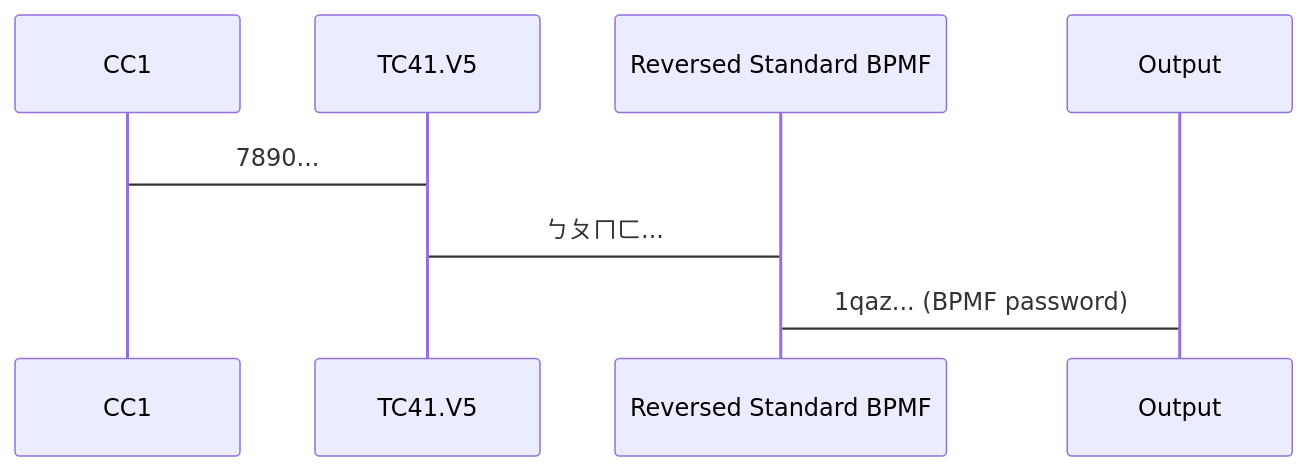
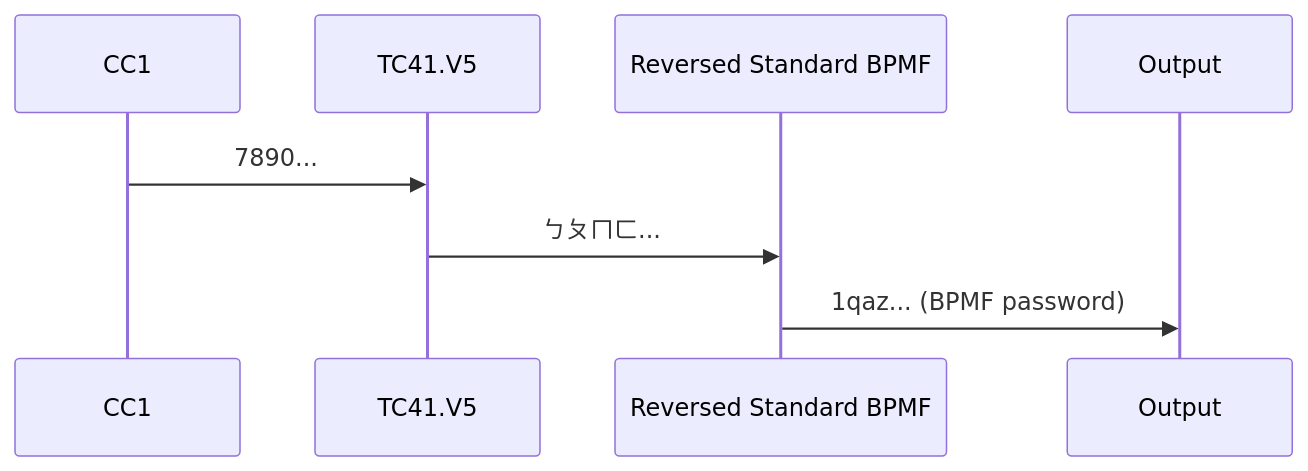
One commit to andy23512/blog changed the third of 3 diagrams in source/_posts/tangent-s-layout-for-using-bopomofo-chinese-input-method-with-charachorder-one.md. Above: the diagram before and after it, drawn with Mermaid. The commit also changed other lines of this file and 1 other file, not shown here.

Commit message:
fix: fix styles of sequence diagram

```diff
--- a/source/_posts/tangent-s-layout-for-using-bopomofo-chinese-input-method-with-charachorder-one.md
+++ b/source/_posts/tangent-s-layout-for-using-bopomofo-chinese-input-method-with-charachorder-one.md
@@ -201,5 +201,5 @@
 {% mermaid sequenceDiagram %}
-CC1->TC41.V5: 7890...
-TC41.V5->Reversed Standard BPMF: ㄅㄆㄇㄈ...
-Reversed Standard BPMF->Output: 1qaz... (BPMF password)
+CC1->>TC41.V5: 7890...
+TC41.V5->>Reversed Standard BPMF: ㄅㄆㄇㄈ...
+Reversed Standard BPMF->>Output: 1qaz... (BPMF password)
 {% endmermaid %}
```
